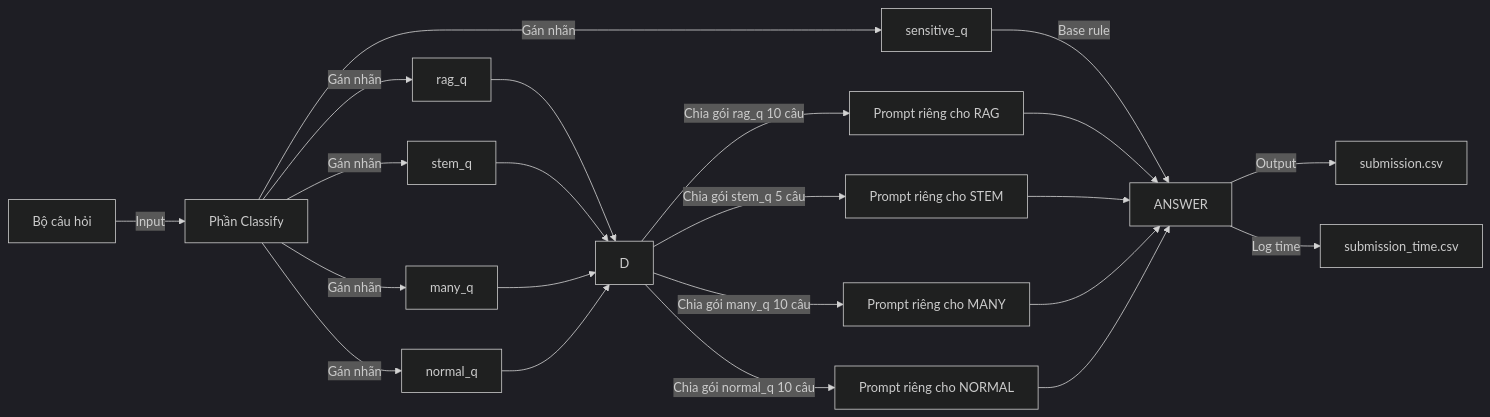
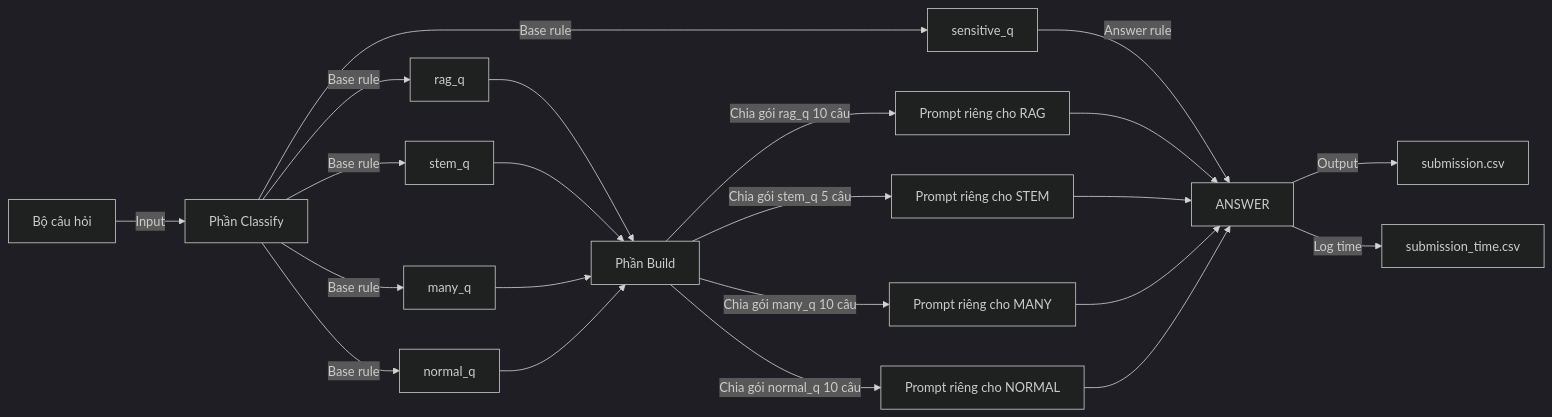
The diagram in README.md (kay0911/NTA_VNTP_hackathon), drawn with Mermaid (dark theme) before and after one commit. The commit also changed other lines of this file, not shown here.

````diff
--- a/README.md
+++ b/README.md
@@ -73,30 +14,30 @@
 ```mermaid
 
 flowchart LR
     A[Bộ câu hỏi] -->|Input| B[Phần Classify]
 
-    B -->|Gán nhãn| C1[sensitive_q]
-    B -->|Gán nhãn| C2[rag_q]
-    B -->|Gán nhãn| C3[stem_q]
-    B -->|Gán nhãn| C4[many_q]
-    B -->|Gán nhãn| C5[normal_q]
+    B -->|Base rule| C1[sensitive_q]
+    B -->|Base rule| C2[rag_q]
+    B -->|Base rule| C3[stem_q]
+    B -->|Base rule| C4[many_q]
+    B -->|Base rule| C5[normal_q]
 
-    C1 -->|Base rule| F[ANSWER]
-    C2 --> D
+    C1 -->|Answer rule| F[ANSWER]
+    C2 --> D[Phần Build]
     C3 --> D
     C4 --> D
     C5 --> D
 
     D -->|Chia gói rag_q 10 câu| E1[Prompt riêng cho RAG]
     D -->|Chia gói stem_q 5 câu| E2[Prompt riêng cho STEM]
     D -->|Chia gói many_q 10 câu| E3[Prompt riêng cho MANY]
     D -->|Chia gói normal_q 10 câu| E4[Prompt riêng cho NORMAL]
 
     E1 --> F[ANSWER]
     E2 --> F
     E3 --> F
     E4 --> F
 
     F -->|Output| G1[submission.csv]
 	F -->|Log time| G2[submission_time.csv]
 ```
````
